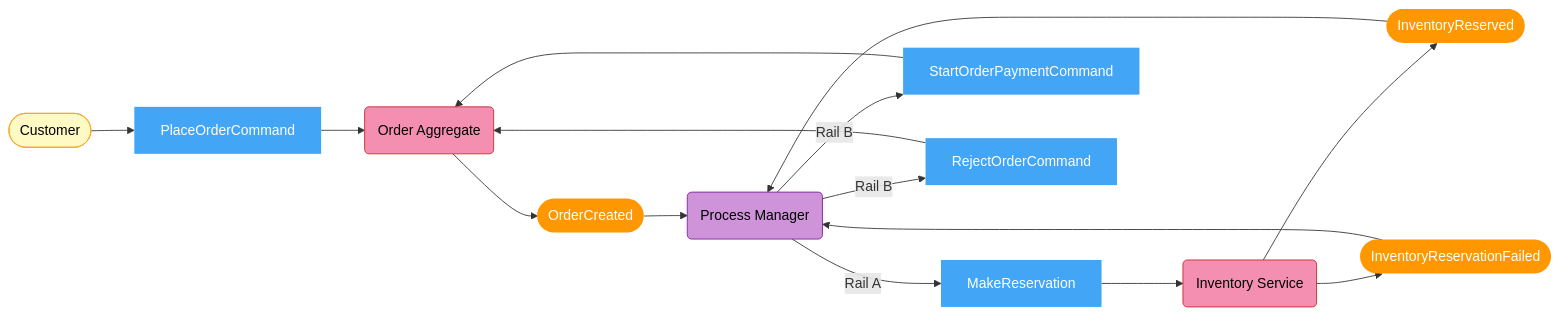
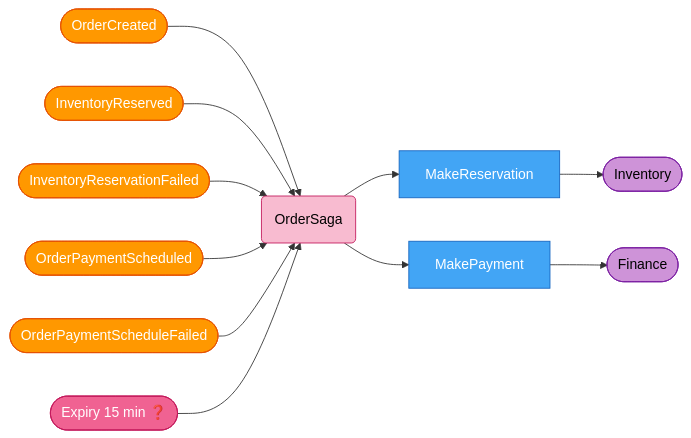
The sixth of 17 diagrams in Order/src/EShop.Order.API/README.md (mnnam1302/EShop), drawn with Mermaid before and after one commit. The commit also changed other lines of this file and 105 other files, not shown here.

First line of the commit message:
[EShop-2606] Introduce Finance service + Place-Order saga payment step (#71)

````diff
--- a/Order/src/EShop.Order.API/README.md
+++ b/Order/src/EShop.Order.API/README.md
@@ -80,27 +163,17 @@
 ```mermaid
-flowchart LR
-    classDef event   fill:#ff9800,color:#fff,stroke:none
-    classDef command fill:#42a5f5,color:#fff,stroke:none
-    classDef agg     fill:#f48fb1,color:#000,stroke:#c62828
-    classDef pm      fill:#ce93d8,color:#000,stroke:#7b1fa2
-    classDef actor   fill:#fff9c4,color:#000,stroke:#f9a825
+graph LR
+    OC([OrderCreated]):::event --> PM(OrderSaga):::aggregate
+    PM --> MR[MakeReservation]:::command --> INV([Inventory]):::policy
+    IR([InventoryReserved]):::event --> PM
+    IRF([InventoryReservationFailed]):::event --> PM
+    PM --> MP[MakePayment]:::command --> FIN([Finance]):::policy
+    PS([OrderPaymentScheduled]):::event --> PM
+    PSF([OrderPaymentScheduleFailed]):::event --> PM
+    EXP([Expiry 15 min ❓]):::hotspot --> PM
 
-    Customer([Customer]):::actor
-    PlaceOrder[PlaceOrderCommand]:::command
-    OA(Order Aggregate):::agg
-    OrderCreated([OrderCreated]):::event
-    PM(Process Manager):::pm
-    MakeReservation[MakeReservation]:::command
-    INV(Inventory Service):::agg
-    InventoryReserved([InventoryReserved]):::event
-    InventoryReservationFailed([InventoryReservationFailed]):::event
-    StartPayment[StartOrderPaymentCommand]:::command
-    RejectOrder[RejectOrderCommand]:::command
-
-    Customer --> PlaceOrder --> OA --> OrderCreated --> PM
-    PM -->|"Rail A"| MakeReservation --> INV
-    INV --> InventoryReserved --> PM
-    INV --> InventoryReservationFailed --> PM
-    PM -->|"Rail B"| StartPayment --> OA
-    PM -->|"Rail B"| RejectOrder --> OA
+    classDef command  fill:#42a5f5,stroke:#1565c0,color:#fff
+    classDef aggregate fill:#f8bbd0,stroke:#c2185b,color:#000
+    classDef event    fill:#ff9800,stroke:#e65100,color:#fff
+    classDef policy   fill:#ce93d8,stroke:#7b1fa2,color:#000
+    classDef hotspot  fill:#f06292,stroke:#c2185b,color:#fff
 ```
````
